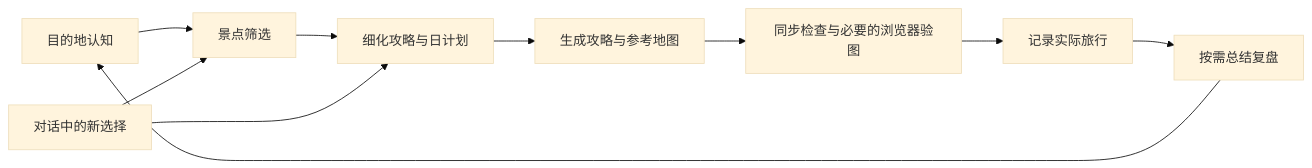
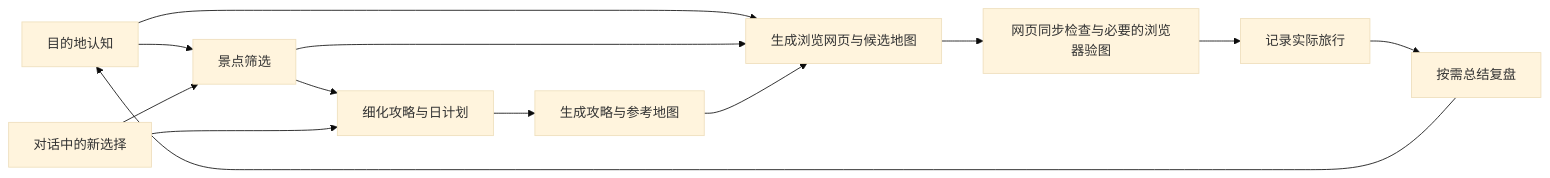
The diagram in docs/workflow.md (Shaolhhh/KK_Travel), drawn with Mermaid (base theme) before and after one commit. The commit also changed other lines of this file and 50 other files, not shown here.

````diff
--- a/docs/workflow.md
+++ b/docs/workflow.md
@@ -59,12 +66,15 @@
 ```mermaid
 flowchart LR
   A[目的地认知] --> B[景点筛选]
   B --> C[细化攻略与日计划]
+  A --> W[生成浏览网页与候选地图]
+  B --> W
   D[对话中的新选择] --> B
   D --> C
   C --> E[生成攻略与参考地图]
-  E --> F[同步检查与必要的浏览器验图]
+  E --> W
+  W --> F[网页同步检查与必要的浏览器验图]
   F --> G[记录实际旅行]
   G --> H[按需总结复盘]
   H --> A
 ```
````
